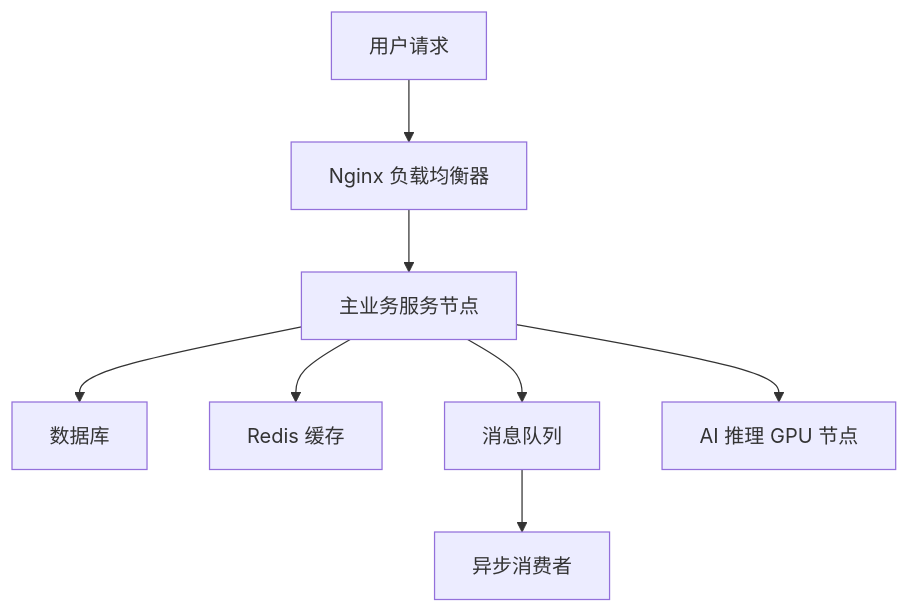
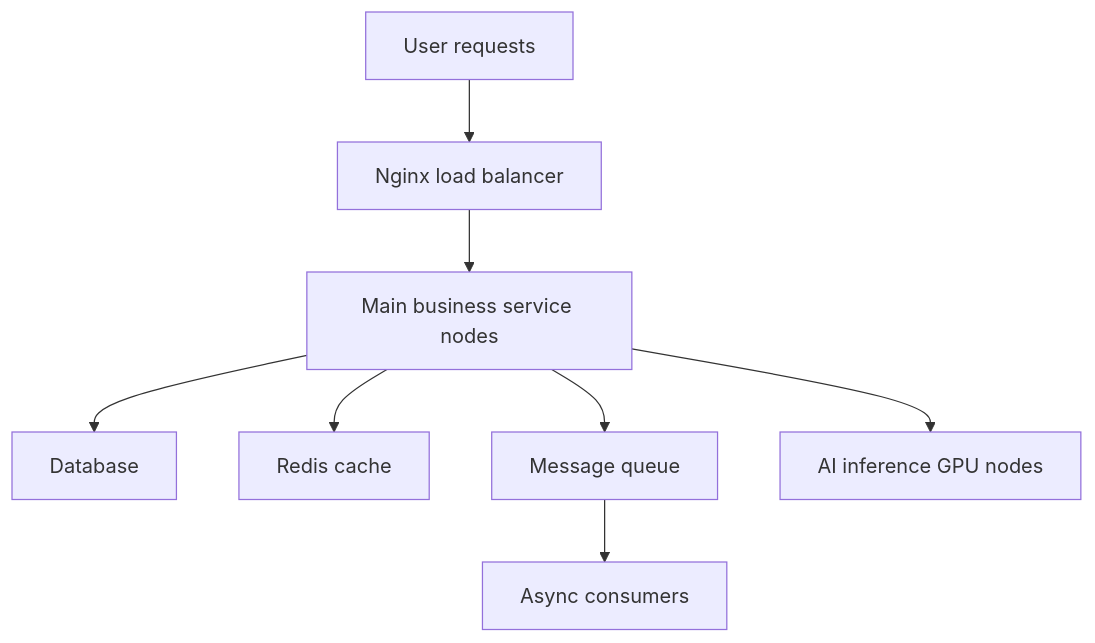
One commit to aidyou/chatspeed-res changed the diagram in docs/mcp/deeppathai-system-infra.md. Above: the diagram before and after it, drawn with Mermaid. The commit also changed other lines of this file and 358 other files, not shown here.

````diff
--- a/docs/mcp/deeppathai-system-infra.md
+++ b/docs/mcp/deeppathai-system-infra.md
@@ -49,19 +49,10 @@
 ```mermaid
-
 flowchart TD
-
-  User[用户请求] --> Nginx[Nginx 负载均衡器]
-
-  Nginx --> Service[主业务服务节点]
-
-  Service --> DB[数据库]
-
-  Service --> Redis[Redis 缓存]
-
-  Service --> MQ[消息队列]
-
-  Service --> GPU[AI 推理 GPU 节点]
-
-  MQ --> Consumer[异步消费者]
-
+  User[User requests] --> Nginx[Nginx load balancer]
+  Nginx --> Service[Main business service nodes]
+  Service --> DB[Database]
+  Service --> Redis[Redis cache]
+  Service --> MQ[Message queue]
+  Service --> GPU[AI inference GPU nodes]
+  MQ --> Consumer[Async consumers]
 ```
````
